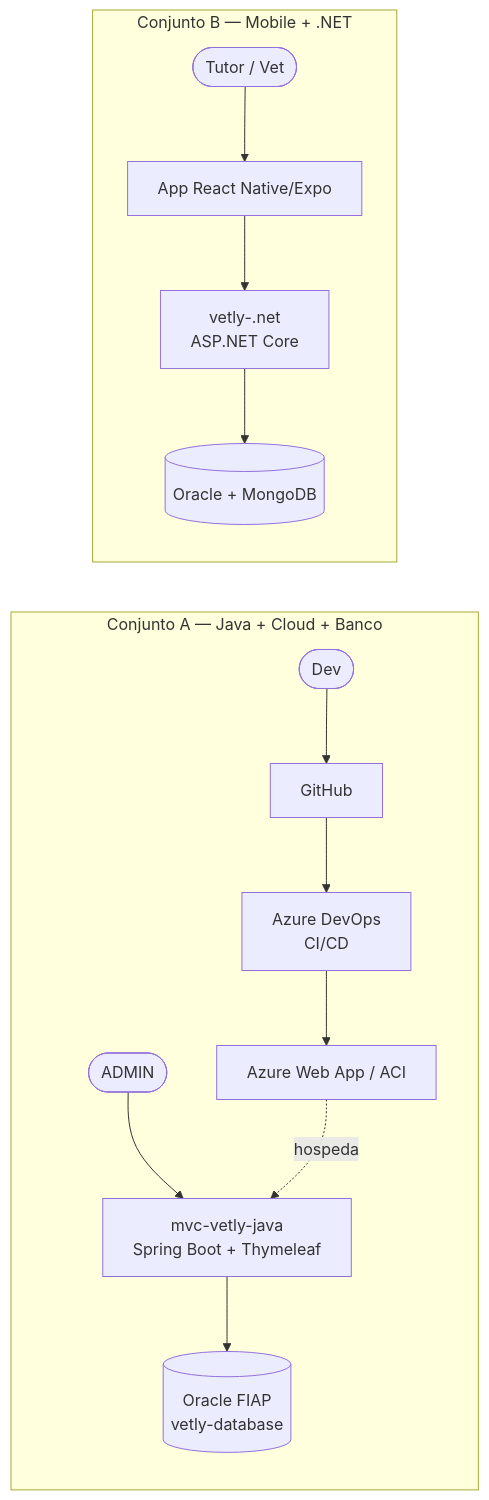
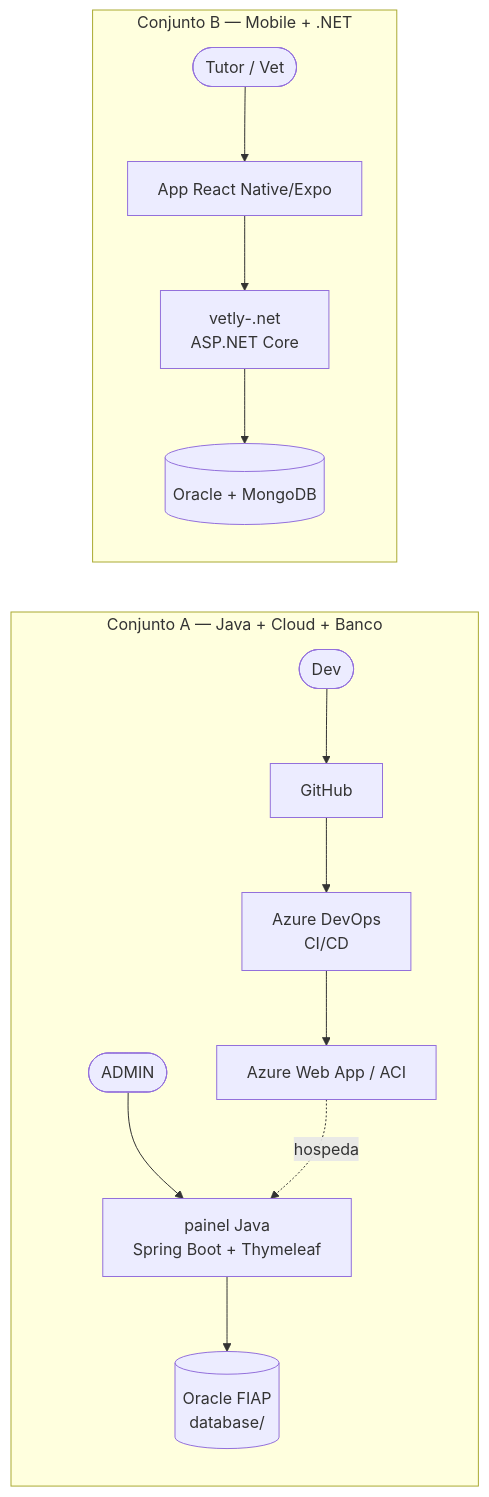
Before and after one commit to annaclrl/vetly-cloud: the first of 3 diagrams in docs/ENTREGA-FINAL-SPRINT4.md, drawn with Mermaid. The commit also changed other lines of this file and 118 other files, not shown here.

````diff
--- a/docs/ENTREGA-FINAL-SPRINT4.md
+++ b/docs/ENTREGA-FINAL-SPRINT4.md
@@ -35,14 +35,14 @@
 ```mermaid
 flowchart LR
   subgraph A["Conjunto A — Java + Cloud + Banco"]
-    ADM([ADMIN]) --> MVC[mvc-vetly-java<br/>Spring Boot + Thymeleaf]
-    MVC --> ORA[(Oracle FIAP<br/>vetly-database)]
+    ADM([ADMIN]) --> MVC[painel Java<br/>Spring Boot + Thymeleaf]
+    MVC --> ORA[(Oracle FIAP<br/>database/)]
     DEV([Dev]) --> GH[GitHub] --> PIPE[Azure DevOps<br/>CI/CD] --> AZ[Azure Web App / ACI]
     AZ -. hospeda .-> MVC
   end
   subgraph B["Conjunto B — Mobile + .NET"]
     USR([Tutor / Vet]) --> APP[App React Native/Expo]
     APP --> API[vetly-.net<br/>ASP.NET Core]
     API --> ORA2[(Oracle + MongoDB)]
   end
 ```
````
